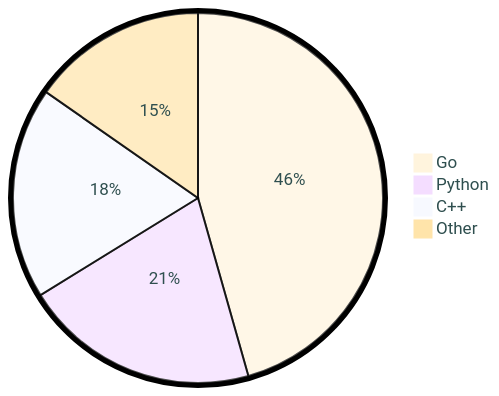
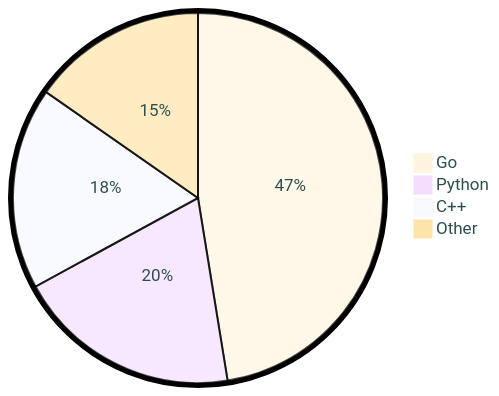
The diagram in README.md (tot0p/tot0p), drawn with Mermaid before and after one commit. The commit also changed other lines of this file, not shown here.

````diff
--- a/README.md
+++ b/README.md
@@ -89,8 +87,8 @@
 ```mermaid
 %%{init: {"pie": {"textPosition": 0.5}, "themeVariables": {"pieOuterStrokeWidth": "5px","primaryTextColor" : "#2F4F4F"},"theme":"base"} }%%
 pie
-	"Go": 45.61
-	"Python": 20.6
-	"C++": 18.48
-	"Other": 15.310000000000002
+	"Go": 47.44
+	"Python": 19.62
+	"C++": 17.63
+	"Other": 15.31
 ```
````
